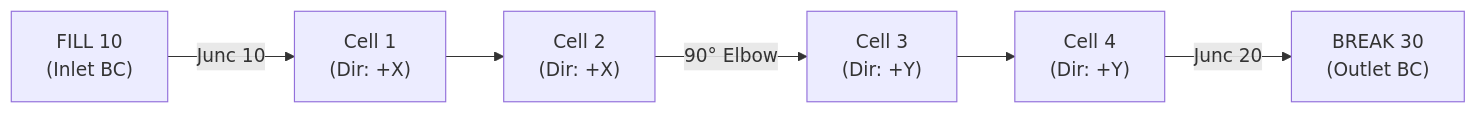
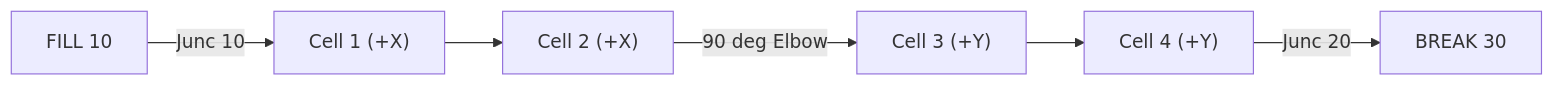
The fourth of 4 diagrams in test-validation/validation_results_report.md (NRC-Research/trace-pipe-force-tool), drawn with Mermaid before and after one commit. The commit also changed other lines of this file, not shown here.

Commit message:
Clean validation report to use simplified Mermaid diagrams only

````diff
--- a/test-validation/validation_results_report.md
+++ b/test-validation/validation_results_report.md
@@ -135,6 +145,8 @@
   ```mermaid
   graph LR
-      F["FILL 10<br>(Inlet BC)"] -->|Junc 10| C1["Cell 1<br>(Dir: +X)"] --> C2["Cell 2<br>(Dir: +X)"]
-      C2 -->|90° Elbow| C3["Cell 3<br>(Dir: +Y)"] --> C4["Cell 4<br>(Dir: +Y)"]
-      C4 -->|Junc 20| B["BREAK 30<br>(Outlet BC)"]
+      F[FILL 10] -->|Junc 10| C1["Cell 1 (+X)"]
+      C1 --> C2["Cell 2 (+X)"]
+      C2 -->|90 deg Elbow| C3["Cell 3 (+Y)"]
+      C3 --> C4["Cell 4 (+Y)"]
+      C4 -->|Junc 20| B[BREAK 30]
   ```
````
